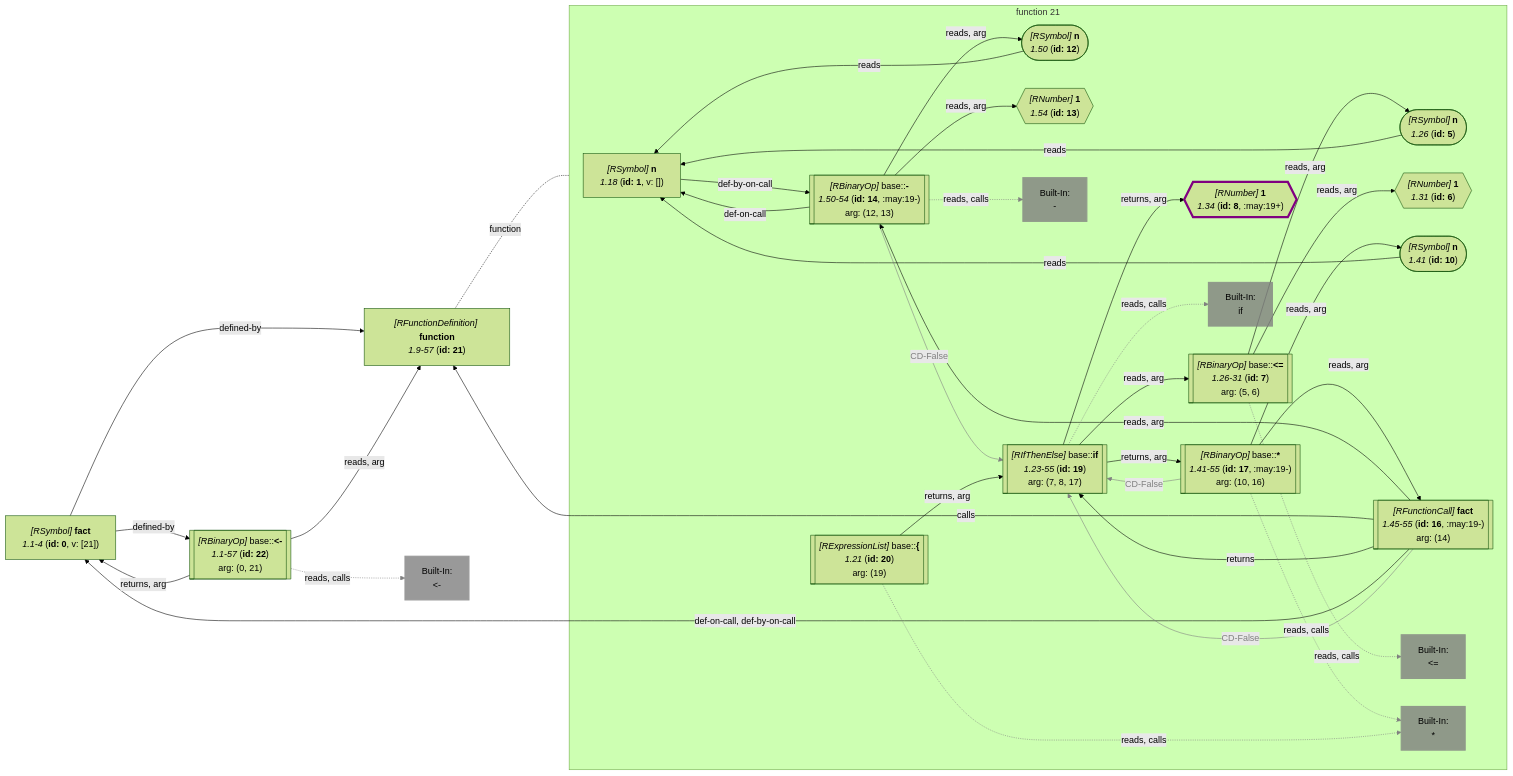
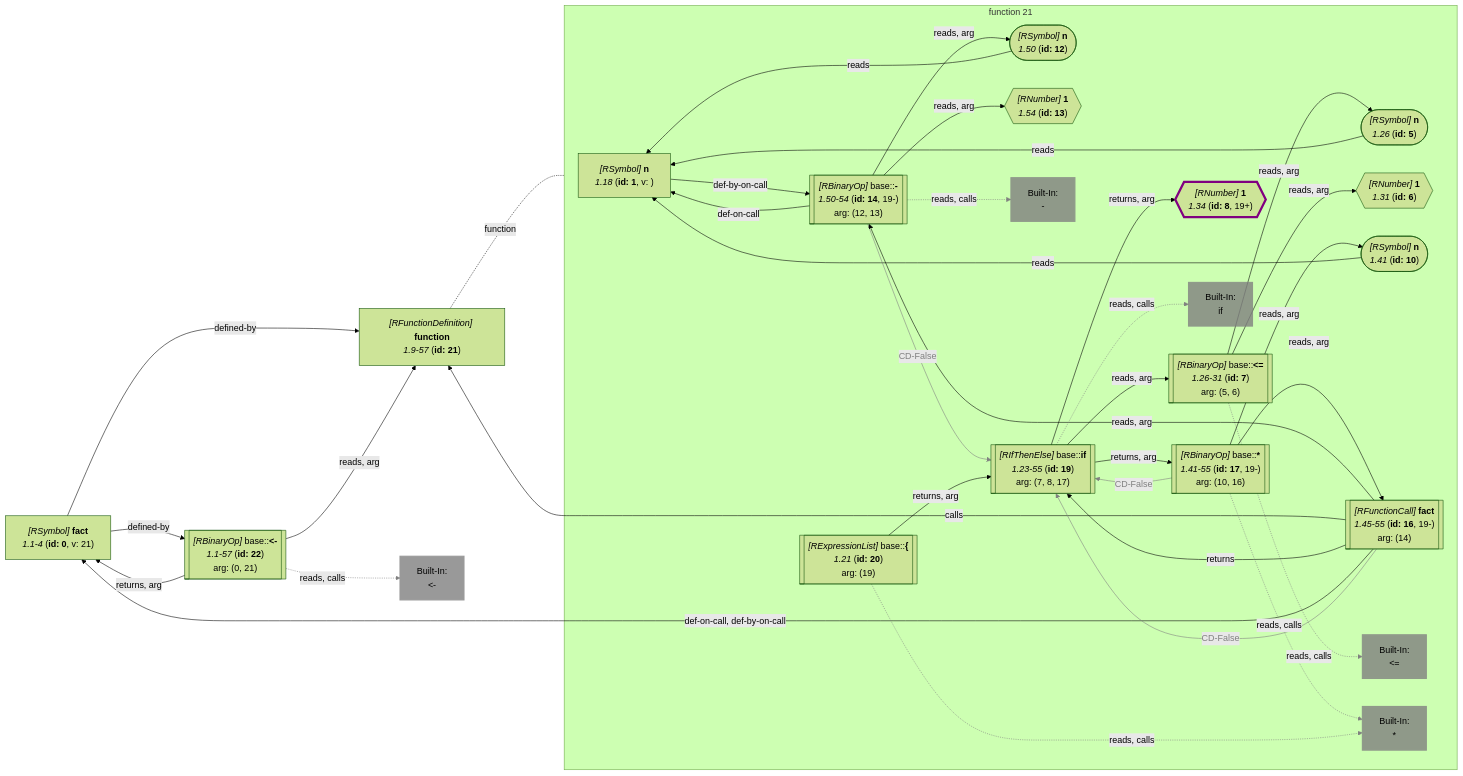
One commit to flowr-analysis/flowr changed diagram 16 of 21 in wiki/Query API.md. Above: the diagram before and after it, drawn with Mermaid (forest theme). The commit also changed other lines of this file and 134 other files, not shown here.

```diff
--- a/wiki/Query API.md
+++ b/wiki/Query API.md
@@ -5307,7 +5473,7 @@
 
 subgraph "flow-21" [function 21]
     1["`*#91;RSymbol#93;* **n**
-      *1.18* (**id: 1**, v: [])`"]
+      *1.18* (**id: 1**, v: )`"]
     5(["`*#91;RSymbol#93;* **n**
       *1.26* (**id: 5**)`"])
     6{{"`*#91;RNumber#93;* **1**
@@ -5320,7 +5486,7 @@
 #60;=`"]
     style built-in:__ stroke:gray,fill:gray,stroke-width:2px,opacity:.8;
     8{{"`*#91;RNumber#93;* **1**
-      *1.34* (**id: 8**, :may:19+)`"}}
+      *1.34* (**id: 8**, 19+)`"}}
    %% No edges found for 8
     10(["`*#91;RSymbol#93;* **n**
       *1.41* (**id: 10**)`"])
@@ -5330,21 +5496,21 @@
       *1.54* (**id: 13**)`"}}
    %% No edges found for 13
     14[["`*#91;RBinaryOp#93;* base#58;#58;**#45;**
-      *1.50-54* (**id: 14**, :may:19-)
+      *1.50-54* (**id: 14**, 19-)
     arg: (12, 13)`"]]
     built-in:-["`Built-In:
 #45;`"]
     style built-in:- stroke:gray,fill:gray,stroke-width:2px,opacity:.8;
     %% Environment of 16 [level: 1]:
     %% Built-in
-    %% 1180----------------------------------------
-    %% 1181----------------------------------------
+    %% 2728----------------------------------------
+    %% 2729----------------------------------------
     %%   n: {**n** (id: 1, type: Parameter, def. @2)}
     16[["`*#91;RFunctionCall#93;* **fact**
-      *1.45-55* (**id: 16**, :may:19-)
+      *1.45-55* (**id: 16**, 19-)
     arg: (14)`"]]
     17[["`*#91;RBinaryOp#93;* base#58;#58;**#42;**
-      *1.41-55* (**id: 17**, :may:19-)
+      *1.41-55* (**id: 17**, 19-)
     arg: (10, 16)`"]]
     built-in:_["`Built-In:
 #42;`"]
@@ -5362,7 +5528,7 @@
 end
    %% No edges found for 21
     0["`*#91;RSymbol#93;* **fact**
-      *1.1-4* (**id: 0**, v: [21])`"]
+      *1.1-4* (**id: 0**, v: 21)`"]
     22[["`*#91;RBinaryOp#93;* base#58;#58;**#60;#45;**
       *1.1-57* (**id: 22**)
     arg: (0, 21)`"]]
```
